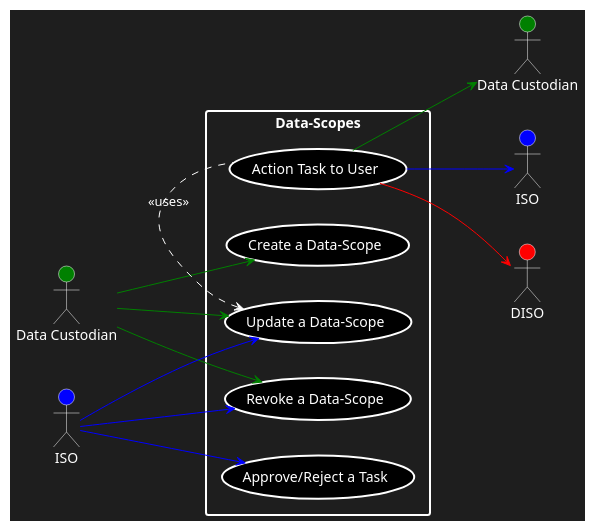
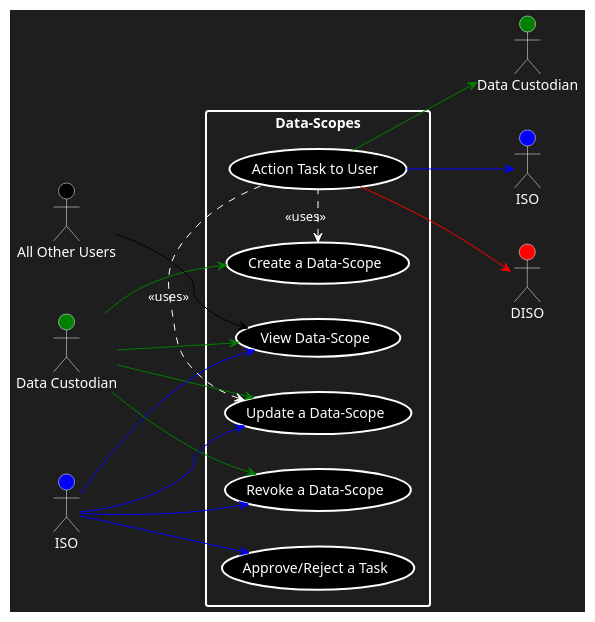
One commit to COS301-SE-2023/InfoSafe changed the diagram in Documentation/Diagrams/Data-Scope's.puml. Above: the diagram before and after it, drawn with PlantUML.

Commit message:
Updated DataScope UC diagram
Double check who is able to view datascopes and how the assigning of tasks will work within the datascope.

```diff
--- a/Documentation/Diagrams/Data-Scope's.puml
+++ b/Documentation/Diagrams/Data-Scope's.puml
@@ -1,26 +1,32 @@
 @startuml
 skinparam backgroundColor #1e1e1e
 left to right direction
 actor "Data Custodian" as ds #green;text:white;line:white
 actor "Data Custodian" as ds2 #green;text:white;line:white
 actor "ISO" as iso #blue;text:white;line:white
 actor "ISO" as iso2 #blue;text:white;line:white
 actor "DISO" as diso #red;text:white;line:white
+actor "All Other Users" as all #black;text:white;line:white
 rectangle Data-Scopes #text:white;line.bold;line:white {
   usecase "Create a Data-Scope" as UC1 #black;text:white;line.bold;line:white
   usecase "Update a Data-Scope" as UC2 #black;text:white;line.bold;line:white
   usecase "Revoke a Data-Scope" as UC3 #black;text:white;line.bold;line:white
   usecase "Action Task to User" as UC4 #black;text:white;line.bold;line:white
   usecase "Approve/Reject a Task" as UC5 #black;text:white;line.bold;line:white
+  usecase "View Data-Scope" as UC6 #black;text:white;line.bold;line:white
 }
 ds -[#green]-> UC1
 ds -[#green]-> UC2
 ds -[#green]-> UC3
+ds -[#green]-> UC6
 iso -[#blue]-> UC2
 iso -[#blue]-> UC3
 iso -[#blue]-> UC5
+iso -[#blue]-> UC6
+all -[#black]-> UC6
 UC4 -[#green]-> ds2
 UC4 -[#blue]-> iso2
 UC4 -[#red]-> diso
 UC2 <. (UC4) #line:white;text:white : <<uses>>
+UC1 <. (UC4) #line:white;text:white : <<uses>>
 @enduml
```
